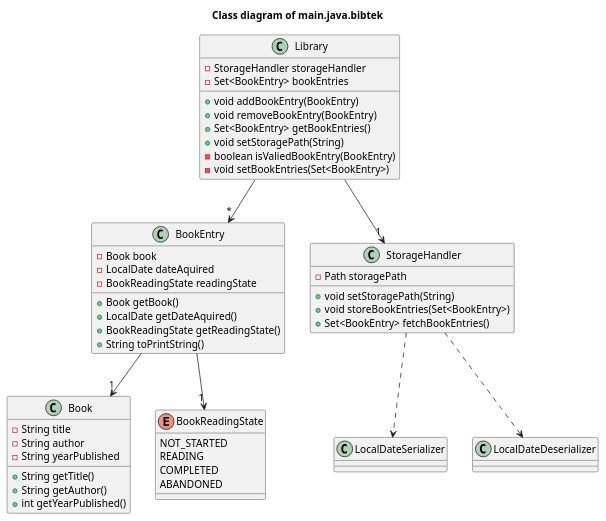
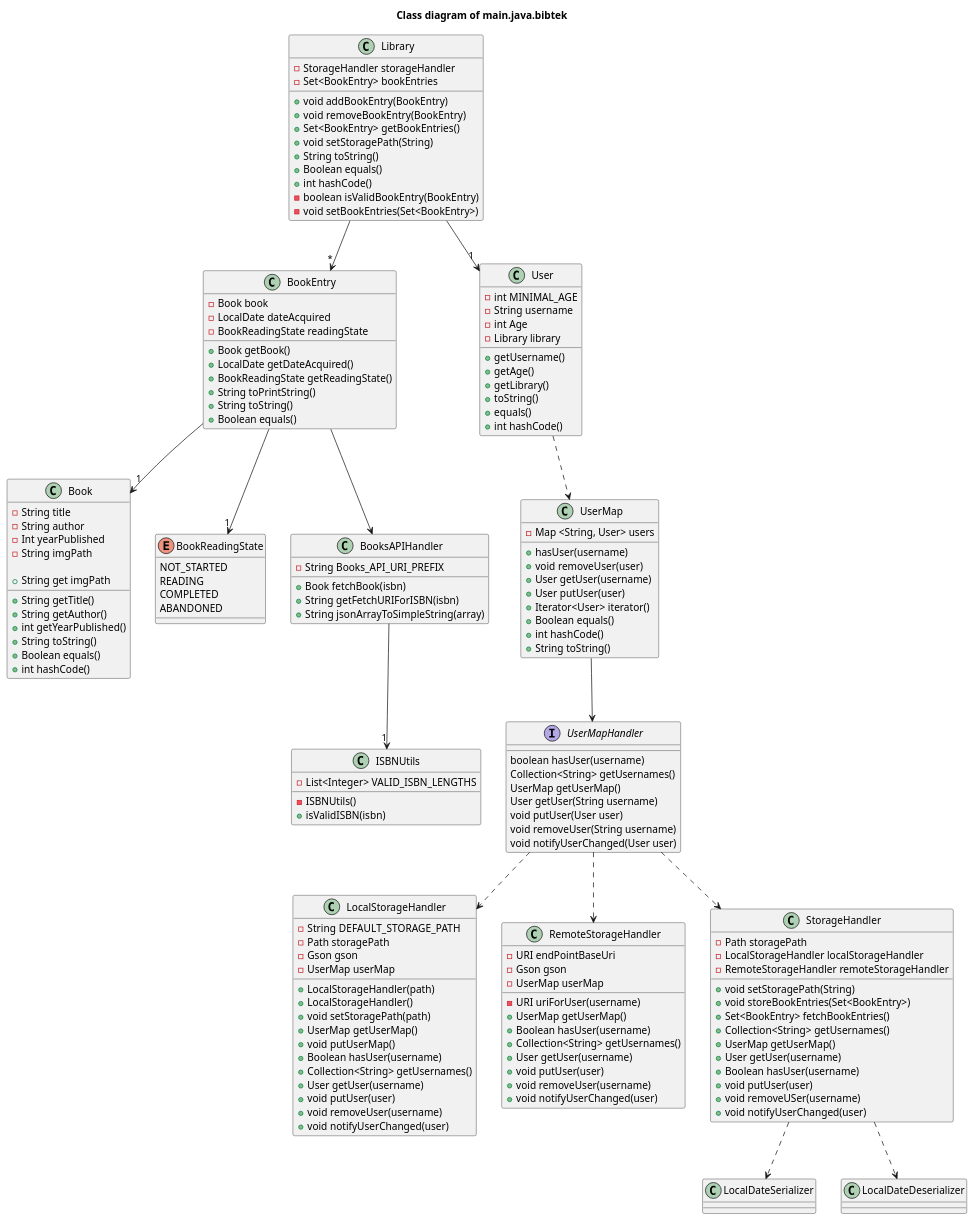
One commit to Mathiazom/bibtek changed the diagram in bibtek/core/src/main/java/bibtek/ClassDiagram.puml. Above: the diagram before and after it, drawn with PlantUML. The commit also changed 5 other files, not shown here.

Commit message:
Update class and package diagrams

```diff
--- a/bibtek/core/src/main/java/bibtek/ClassDiagram.puml
+++ b/bibtek/core/src/main/java/bibtek/ClassDiagram.puml
@@ -1,71 +1,178 @@
 @startuml ClassDiagram
 title Class diagram of main.java.bibtek
-
-
-
 
 class Book {
     - String title
     - String author
-    - String yearPublished
+    - Int yearPublished
+    - String imgPath
  
     + String getTitle()
     + String getAuthor()
     + int getYearPublished()
-
+    + String get imgPath
+    + String toString()
+    + Boolean equals()
+    + int hashCode()
 }
 
 class BookEntry {
     - Book book
-    - LocalDate dateAquired
+    - LocalDate dateAcquired
     - BookReadingState readingState
  
     + Book getBook()
-    + LocalDate getDateAquired()
+    + LocalDate getDateAcquired()
     + BookReadingState getReadingState()
     + String toPrintString()
+    + String toString()
+    + Boolean equals()
+}
+
+enum BookReadingState {
+    NOT_STARTED
+    READING
+    COMPLETED
+    ABANDONED
+}
+
+class BooksAPIHandler {
+    - String Books_API_URI_PREFIX
+    + Book fetchBook(isbn)
+    + String getFetchURIForISBN(isbn)
+    + String jsonArrayToSimpleString(array)
+
+}
+
+class ISBNUtils {
+    - ISBNUtils()
+    - List<Integer> VALID_ISBN_LENGTHS
+    + isValidISBN(isbn)
 }
 
 class Library {
     - StorageHandler storageHandler
     - Set<BookEntry> bookEntries 
     + void addBookEntry(BookEntry)
     + void removeBookEntry(BookEntry)
     + Set<BookEntry> getBookEntries()
     + void setStoragePath(String)
-    - boolean isValiedBookEntry(BookEntry)
+    + String toString()
+    + Boolean equals()
+    + int hashCode()
+    - boolean isValidBookEntry(BookEntry)
     - void setBookEntries(Set<BookEntry>)
-} 
-class StorageHandler {
-    -Path storagePath
-
-    + void setStoragePath(String)
-    + void storeBookEntries(Set<BookEntry>)
-    + Set<BookEntry> fetchBookEntries()
-
-     
 }
 
 class LocalDateSerializer{
 
 }
 class LocalDateDeserializer{
-    
+
 }
-enum BookReadingState {
-    NOT_STARTED
-    READING
-    COMPLETED
-    ABANDONED
+
+class LocalStorageHandler{
+    - String DEFAULT_STORAGE_PATH
+    - Path storagePath
+    - Gson gson
+    - UserMap userMap
+    + LocalStorageHandler(path)
+    + LocalStorageHandler()
+    + void setStoragePath(path)
+    + UserMap getUserMap()
+    + void putUserMap()
+    + Boolean hasUser(username)
+    + Collection<String> getUsernames()
+    + User getUser(username)
+    + void putUser(user)
+    + void removeUser(username)
+    + void notifyUserChanged(user)
+}
+
+class RemoteStorageHandler{
+    - URI endPointBaseUri
+    - Gson gson
+    - UserMap userMap
+    - URI uriForUser(username)
+    + UserMap getUserMap()
+    + Boolean hasUser(username)
+    + Collection<String> getUsernames()
+    + User getUser(username)
+    + void putUser(user)
+    + void removeUser(username)
+    + void notifyUserChanged(user)
+}
+
+class StorageHandler {
+    - Path storagePath
+    - LocalStorageHandler localStorageHandler
+    - RemoteStorageHandler remoteStorageHandler
+    + void setStoragePath(String)
+    + void storeBookEntries(Set<BookEntry>)
+    + Set<BookEntry> fetchBookEntries()
+    + Collection<String> getUsernames()
+    + UserMap getUserMap()
+    + User getUser(username)
+    + Boolean hasUser(username)
+    + void putUser(user)
+    + void removeUSer(username)
+    + void notifyUserChanged(user)
+}
 
 
+Class User {
+    - int MINIMAL_AGE
+    - String username
+    - int Age
+    - Library library
+    + getUsername()
+    + getAge()
+    + getLibrary()
+    + toString()
+    + equals()
+    + int hashCode()
 }
+
+Class UserMap {
+    - Map <String, User> users
+    + hasUser(username)
+    + void removeUser(user)
+    + User getUser(username)
+    + User putUser(user)
+    + Iterator<User> iterator()
+    + Boolean equals()
+    + int hashCode()
+    + String toString()
+}
+
+Interface UserMapHandler{
+    boolean hasUser(username)
+    Collection<String> getUsernames()
+    UserMap getUserMap()
+    User getUser(String username)
+    void putUser(User user)
+    void removeUser(String username)
+    void notifyUserChanged(User user)
+}
+
+
+
 Library --> "*" BookEntry
-Library --> "1" StorageHandler
+Library --> "1" User
 BookEntry --> "1" Book
 BookEntry --> "1" BookReadingState
+BookEntry --> BooksAPIHandler
+BooksAPIHandler -->"1" ISBNUtils
+
+User ..> UserMap
+UserMap --> UserMapHandler
+UserMapHandler ..> StorageHandler
+UserMapHandler ..> LocalStorageHandler
+UserMapHandler ..> RemoteStorageHandler
 StorageHandler ..> LocalDateDeserializer
 StorageHandler ..> LocalDateSerializer
 
 
+
+
 @enduml
```
